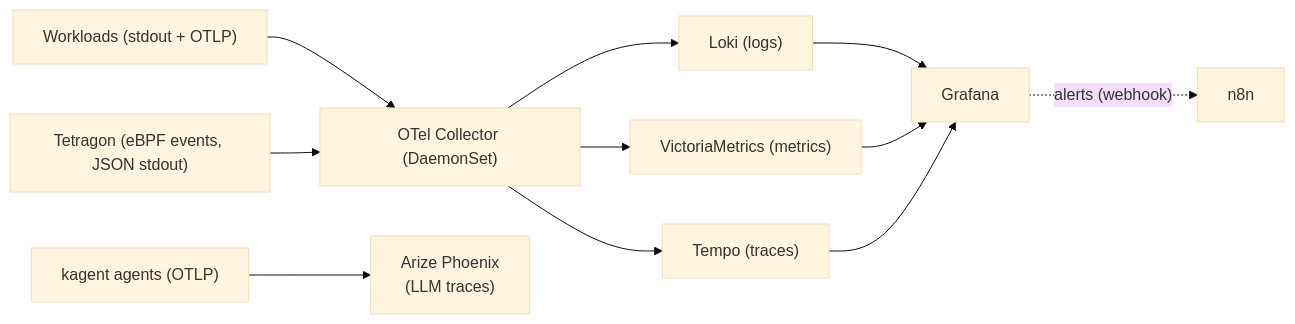
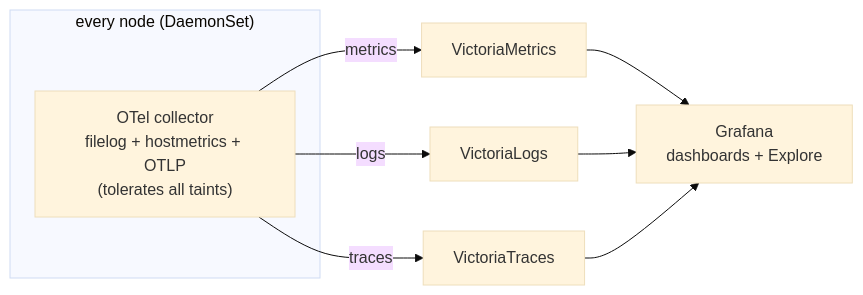
One commit to ngoldack/homelab changed the fourth of 6 diagrams in docs/architecture.md. Above: the diagram before and after it, drawn with Mermaid (base theme). The commit also changed other lines of this file and 320 other files, not shown here.

First line of the commit message:
feat: v0 MVP foundation - reduce to llama.cpp on P100 + VictoriaMetrics stack (#45)

````diff
--- a/docs/architecture.md
+++ b/docs/architecture.md
@@ -168,13 +136,10 @@
 ```mermaid
 flowchart LR
-  pods["Workloads (stdout + OTLP)"] --> otel["OTel Collector (DaemonSet)"]
-  tet["Tetragon (eBPF events, JSON stdout)"] --> otel
-  otel --> loki["Loki (logs)"]
-  otel --> vm["VictoriaMetrics (metrics)"]
-  otel --> tempo["Tempo (traces)"]
-  kagent["kagent agents (OTLP)"] --> phoenix["Arize Phoenix<br/>(LLM traces)"]
-  loki --> graf["Grafana"]
-  vm --> graf
-  tempo --> graf
-  graf -. "alerts (webhook)" .-> n8n["n8n"]
+  subgraph nodes["every node (DaemonSet)"]
+    OC["OTel collector<br/>filelog + hostmetrics + OTLP<br/>(tolerates all taints)"]
+  end
+  OC -->|metrics| VM["VictoriaMetrics"]
+  OC -->|logs| VL["VictoriaLogs"]
+  OC -->|traces| VT["VictoriaTraces"]
+  VM & VL & VT --> GF["Grafana<br/>dashboards + Explore"]
 ```
````
